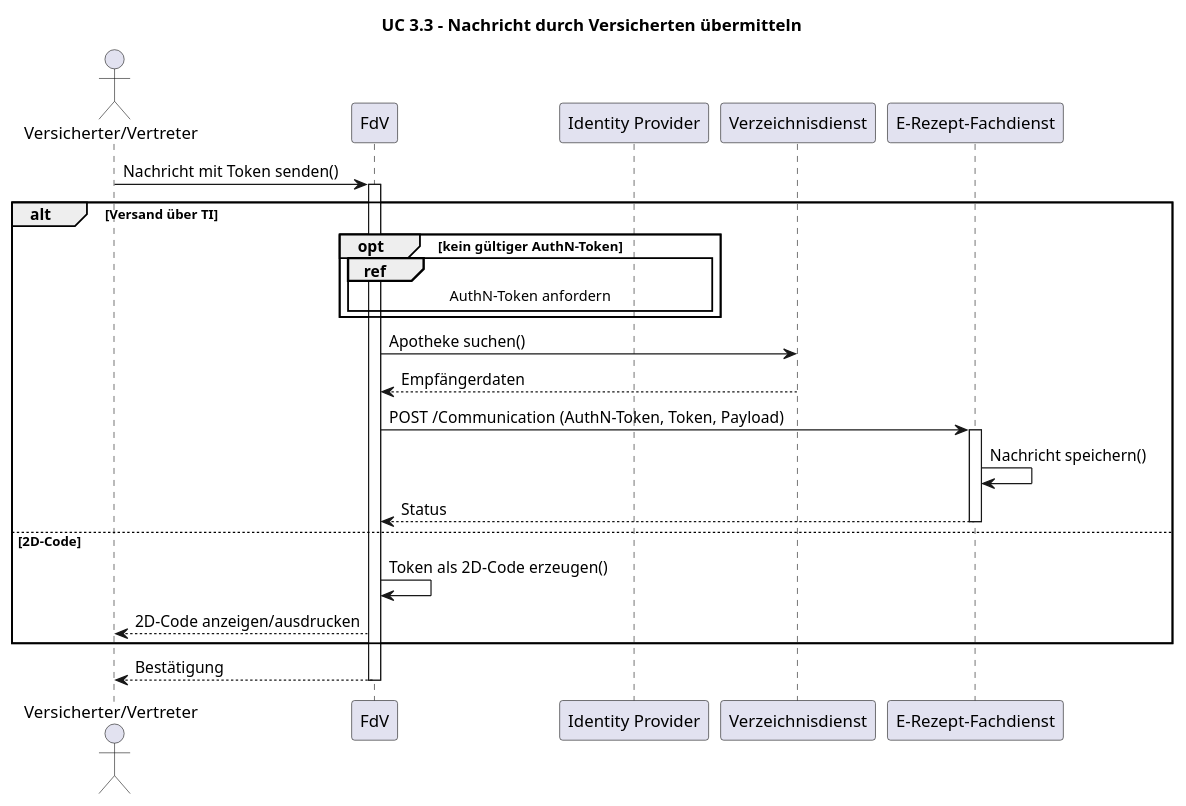
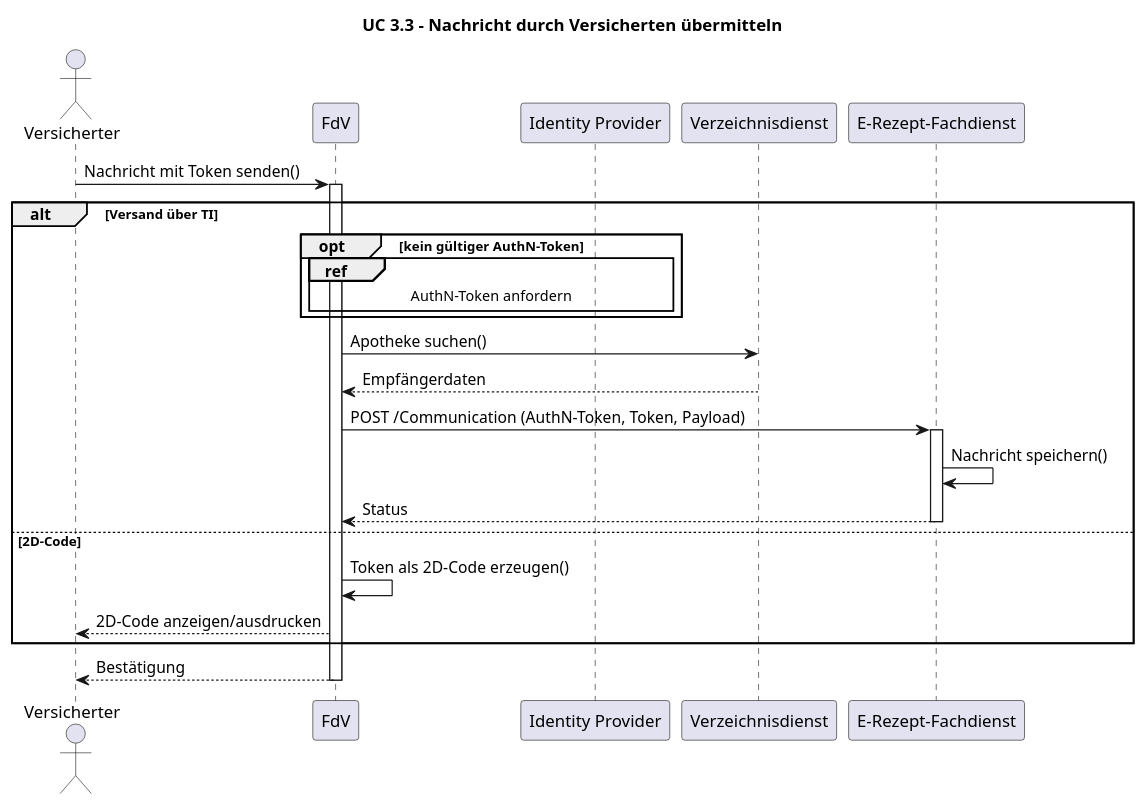
The diagram in igs/erp-chrg/input/images-source/seq-uc-3-3-nachricht-durch-versicherten-uebermitteln.plantuml (gematik/fhir-igs-workflow), drawn with PlantUML before and after one commit. The commit also changed 18 other files, not shown here.

```diff
--- a/igs/erp-chrg/input/images-source/seq-uc-3-3-nachricht-durch-versicherten-uebermitteln.plantuml
+++ b/igs/erp-chrg/input/images-source/seq-uc-3-3-nachricht-durch-versicherten-uebermitteln.plantuml
@@ -1,32 +1,32 @@
 @startuml
 title UC 3.3 - Nachricht durch Versicherten übermitteln
 
-actor "Versicherter/Vertreter" as V
+actor "Versicherter" as V
 participant "FdV" as FdV
 participant "Identity Provider" as IDP
 participant "Verzeichnisdienst" as VZD
 participant "E-Rezept-Fachdienst" as FD
 
 V -> FdV: Nachricht mit Token senden()
 activate FdV
 
 alt Versand über TI
   opt kein gültiger AuthN-Token
     ref over FdV, IDP: AuthN-Token anfordern
   end
   FdV -> VZD: Apotheke suchen()
   VZD --> FdV: Empfängerdaten
   FdV -> FD: POST /Communication (AuthN-Token, Token, Payload)
   activate FD
   FD -> FD: Nachricht speichern()
   FD --> FdV: Status
   deactivate FD
 else 2D-Code
   FdV -> FdV: Token als 2D-Code erzeugen()
   FdV --> V: 2D-Code anzeigen/ausdrucken
 end
 
 FdV --> V: Bestätigung
 deactivate FdV
 
 @enduml
```
